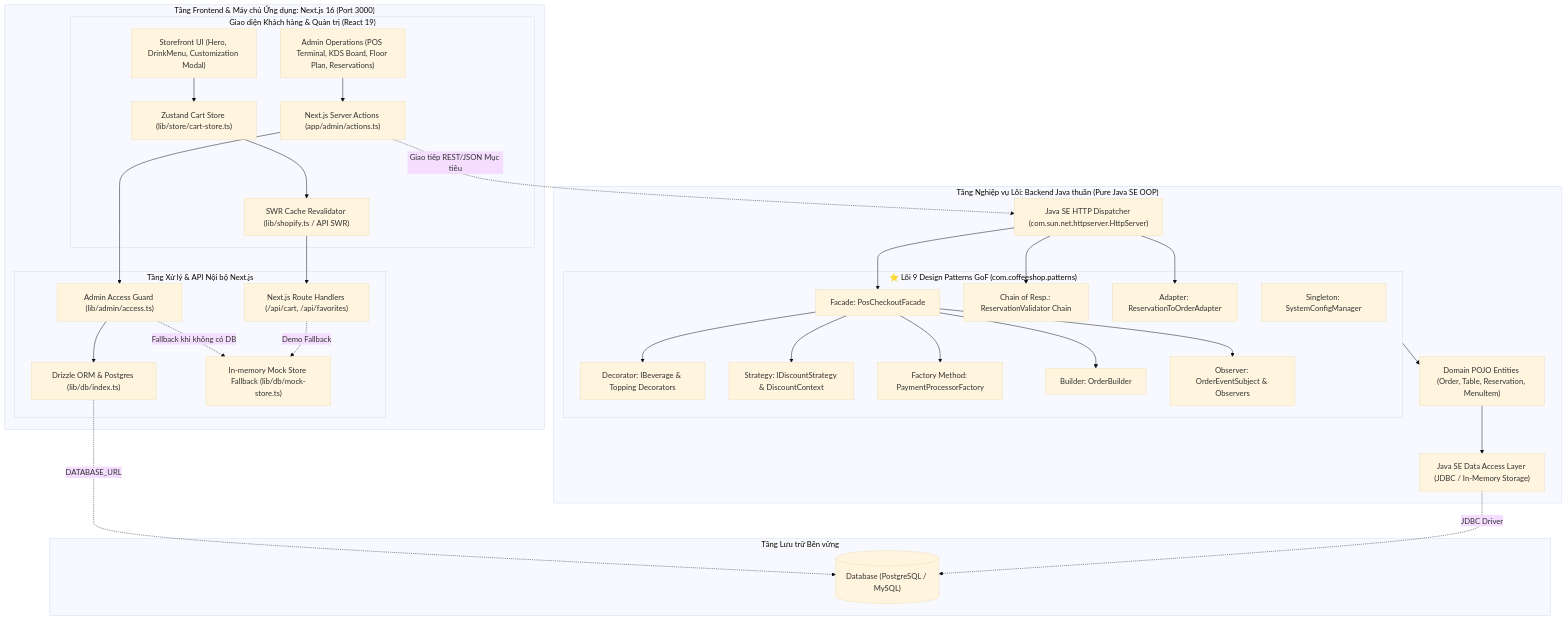
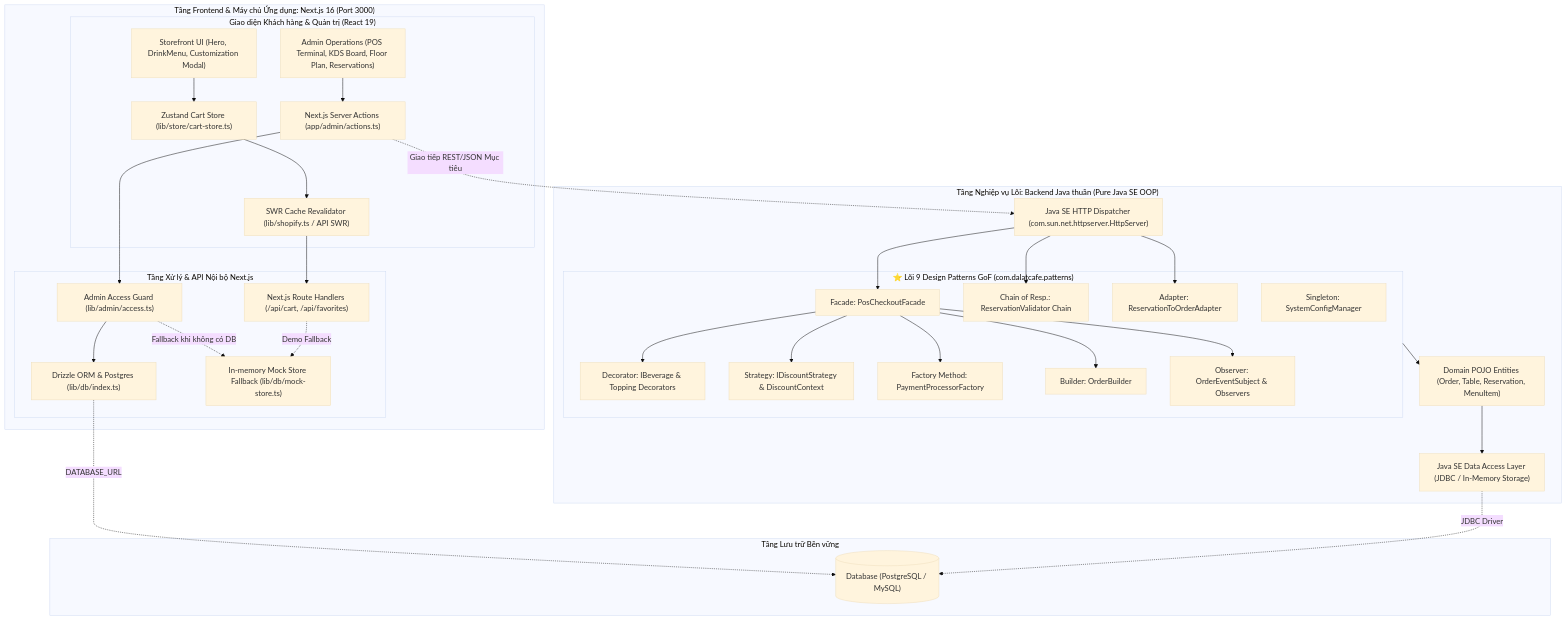
One commit to HubertPhung/WebQuanLyQuanCafe-DesignPatterns changed the first of 10 diagrams in docs/DESIGN_PATTERNS_SPEC.md. Above: the diagram before and after it, drawn with Mermaid (base theme). The commit also changed other lines of this file and 6 other files, not shown here.

Commit message:
docs: synchronize 15-issue backlog, package names, git workflow, and architecture specs

````diff
--- a/docs/DESIGN_PATTERNS_SPEC.md
+++ b/docs/DESIGN_PATTERNS_SPEC.md
@@ -101,68 +101,68 @@
 ```mermaid
 graph TB
     subgraph Frontend_NextJS ["Tầng Frontend & Máy chủ Ứng dụng: Next.js 16 (Port 3000)"]
         subgraph Client_Components ["Giao diện Khách hàng & Quản trị (React 19)"]
             StorefrontUI["Storefront UI (Hero, DrinkMenu, Customization Modal)"]
             AdminUI["Admin Operations (POS Terminal, KDS Board, Floor Plan, Reservations)"]
             CartState["Zustand Cart Store (lib/store/cart-store.ts)"]
             SWRClient["SWR Cache Revalidator (lib/shopify.ts / API SWR)"]
             
             StorefrontUI --> CartState
             CartState --> SWRClient
             AdminUI --> AdminActions["Next.js Server Actions (app/admin/actions.ts)"]
         end
 
         subgraph NextJS_Backend ["Tầng Xử lý & API Nội bộ Next.js"]
             RouteHandlers["Next.js Route Handlers (/api/cart, /api/favorites)"]
             AccessControl["Admin Access Guard (lib/admin/access.ts)"]
             DrizzleLayer["Drizzle ORM & Postgres (lib/db/index.ts)"]
             MockStore["In-memory Mock Store Fallback (lib/db/mock-store.ts)"]
 
             AdminActions --> AccessControl
             AccessControl --> DrizzleLayer
             AccessControl -.->|Fallback khi không có DB| MockStore
             SWRClient --> RouteHandlers
             RouteHandlers -.->|Demo Fallback| MockStore
         end
     end
 
     subgraph Backend_Pure_Java ["Tầng Nghiệp vụ Lõi: Backend Java thuần (Pure Java SE OOP)"]
         JavaServer["Java SE HTTP Dispatcher (com.sun.net.httpserver.HttpServer)"]
         
-        subgraph GoF_Patterns_Package ["⭐ Lõi 9 Design Patterns GoF (com.coffeeshop.patterns)"]
+        subgraph GoF_Patterns_Package ["⭐ Lõi 9 Design Patterns GoF (com.dalatcafe.patterns)"]
             Singleton_Pattern["Singleton: SystemConfigManager"]
             Chain_Pattern["Chain of Resp.: ReservationValidator Chain"]
             Decorator_Pattern["Decorator: IBeverage & Topping Decorators"]
             Strategy_Pattern["Strategy: IDiscountStrategy & DiscountContext"]
             Factory_Pattern["Factory Method: PaymentProcessorFactory"]
             Builder_Pattern["Builder: OrderBuilder"]
             Adapter_Pattern["Adapter: ReservationToOrderAdapter"]
             Facade_Pattern["Facade: PosCheckoutFacade"]
             Observer_Pattern["Observer: OrderEventSubject & Observers"]
         end
 
         JavaModel["Domain POJO Entities (Order, Table, Reservation, MenuItem)"]
         JavaDAO["Java SE Data Access Layer (JDBC / In-Memory Storage)"]
 
         JavaServer --> Facade_Pattern
         JavaServer --> Chain_Pattern
         JavaServer --> Adapter_Pattern
         
         Facade_Pattern --> Decorator_Pattern
         Facade_Pattern --> Builder_Pattern
         Facade_Pattern --> Strategy_Pattern
         Facade_Pattern --> Factory_Pattern
         Facade_Pattern --> Observer_Pattern
         
         GoF_Patterns_Package --> JavaModel
         JavaModel --> JavaDAO
     end
 
     subgraph Persistence_Layer ["Tầng Lưu trữ Bền vững"]
         DB[("Database (PostgreSQL / MySQL)")]
         DrizzleLayer -.->|DATABASE_URL| DB
         JavaDAO -.->|JDBC Driver| DB
     end
 
     AdminActions -.->|Giao tiếp REST/JSON Mục tiêu| JavaServer
 ```
````
